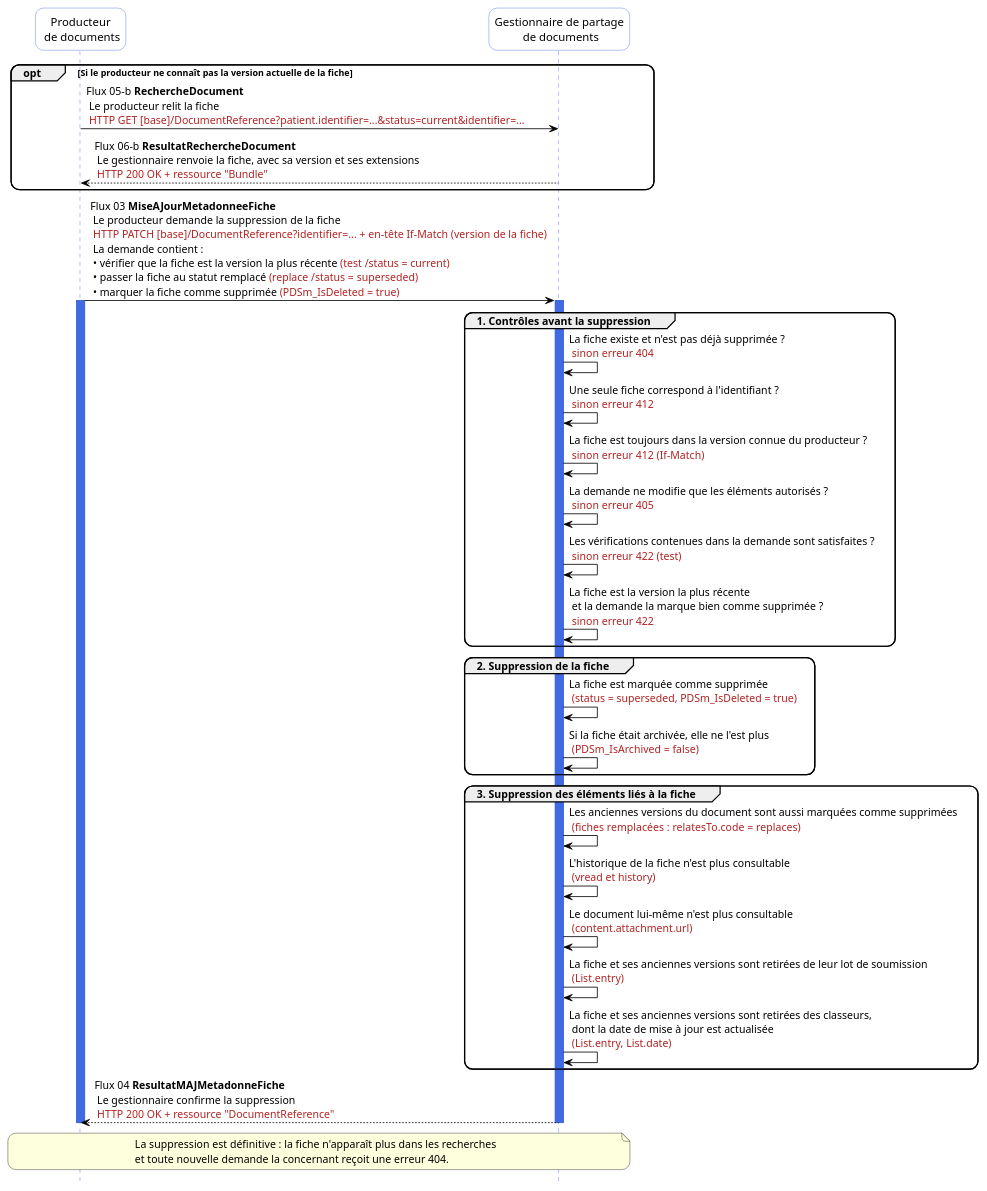
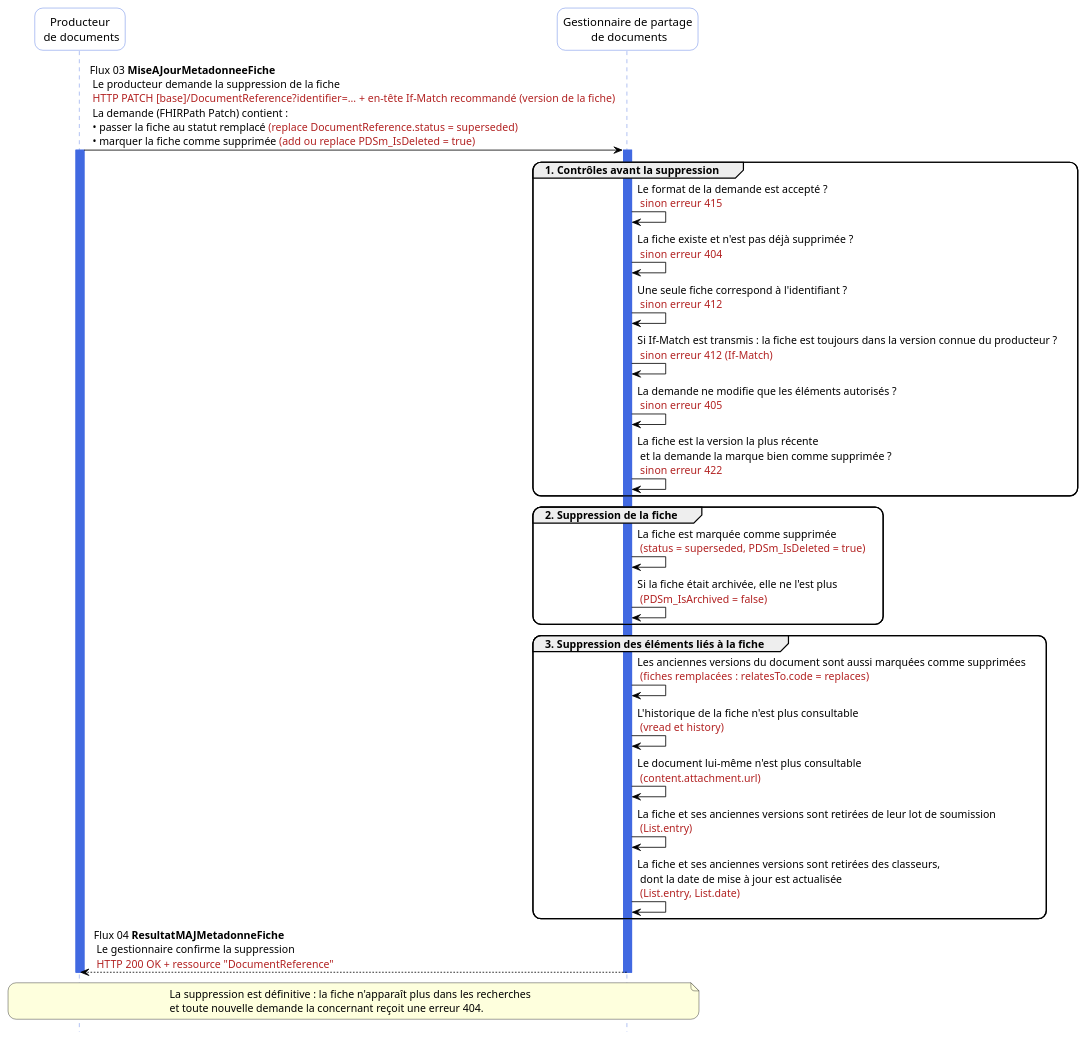
Before and after one commit to ansforge/IG-fhir-partage-de-documents-de-sante: the diagram in input/images-source/PDSm-suppression-logique.plantuml, drawn with PlantUML. The commit also changed 3 other files, not shown here.

Commit message:
passage en fhirpath patch

```diff
--- a/input/images-source/PDSm-suppression-logique.plantuml
+++ b/input/images-source/PDSm-suppression-logique.plantuml
@@ -1,59 +1,54 @@
 @startuml
 hide footbox
 
 skinparam sequence {
  arrowColor black
  ParticipantBorderColor RoyalBlue
  ParticipantBackgroundColor white
  LifeLineBorderColor RoyalBlue
  LifeLineBackgroundColor RoyalBlue
  ParticipantFontSize 14
  ParticipantFontName arial
  ParticipantPadding 20
 }
 skinparam  roundcorner 20
 
 
 participant "Producteur\n de documents" as PROD
 participant "Gestionnaire de partage\n de documents" as INFRA
 
-opt Si le producteur ne connaît pas la version actuelle de la fiche
-  PROD-[#black]> INFRA : Flux 05-b **RechercheDocument** \n Le producteur relit la fiche \n <color #FireBrick>HTTP GET [base]/DocumentReference?patient.identifier=...&status=current&identifier=...</color>
-  INFRA-[#black]-> PROD : Flux 06-b **ResultatRechercheDocument** \n Le gestionnaire renvoie la fiche, avec sa version et ses extensions \n <color #FireBrick>HTTP 200 OK + ressource "Bundle"</color>
-end
-
-PROD-[#black]> INFRA : Flux 03 **MiseAJourMetadonneeFiche** \n Le producteur demande la suppression de la fiche \n <color #FireBrick>HTTP PATCH [base]/DocumentReference?identifier=... + en-tête If-Match (version de la fiche)</color> \n La demande contient : \n • vérifier que la fiche est la version la plus récente <color #FireBrick>(test /status = current)</color> \n • passer la fiche au statut remplacé <color #FireBrick>(replace /status = superseded)</color> \n • marquer la fiche comme supprimée <color #FireBrick>(PDSm_IsDeleted = true)</color>
+PROD-[#black]> INFRA : Flux 03 **MiseAJourMetadonneeFiche** \n Le producteur demande la suppression de la fiche \n <color #FireBrick>HTTP PATCH [base]/DocumentReference?identifier=... + en-tête If-Match recommandé (version de la fiche)</color> \n La demande (FHIRPath Patch) contient : \n • passer la fiche au statut remplacé <color #FireBrick>(replace DocumentReference.status = superseded)</color> \n • marquer la fiche comme supprimée <color #FireBrick>(add ou replace PDSm_IsDeleted = true)</color>
 activate INFRA
 activate PROD
 
 group 1. Contrôles avant la suppression
+  INFRA -> INFRA : Le format de la demande est accepté ? \n <color #FireBrick>sinon erreur 415</color>
   INFRA -> INFRA : La fiche existe et n'est pas déjà supprimée ? \n <color #FireBrick>sinon erreur 404</color>
   INFRA -> INFRA : Une seule fiche correspond à l'identifiant ? \n <color #FireBrick>sinon erreur 412</color>
-  INFRA -> INFRA : La fiche est toujours dans la version connue du producteur ? \n <color #FireBrick>sinon erreur 412 (If-Match)</color>
+  INFRA -> INFRA : Si If-Match est transmis : la fiche est toujours dans la version connue du producteur ? \n <color #FireBrick>sinon erreur 412 (If-Match)</color>
   INFRA -> INFRA : La demande ne modifie que les éléments autorisés ? \n <color #FireBrick>sinon erreur 405</color>
-  INFRA -> INFRA : Les vérifications contenues dans la demande sont satisfaites ? \n <color #FireBrick>sinon erreur 422 (test)</color>
   INFRA -> INFRA : La fiche est la version la plus récente \n et la demande la marque bien comme supprimée ? \n <color #FireBrick>sinon erreur 422</color>
 end
 
 group 2. Suppression de la fiche
   INFRA -> INFRA : La fiche est marquée comme supprimée \n <color #FireBrick>(status = superseded, PDSm_IsDeleted = true)</color>
   INFRA -> INFRA : Si la fiche était archivée, elle ne l'est plus \n <color #FireBrick>(PDSm_IsArchived = false)</color>
 end
 
 group 3. Suppression des éléments liés à la fiche
   INFRA -> INFRA : Les anciennes versions du document sont aussi marquées comme supprimées \n <color #FireBrick>(fiches remplacées : relatesTo.code = replaces)</color>
   INFRA -> INFRA : L'historique de la fiche n'est plus consultable \n <color #FireBrick>(vread et history)</color>
   INFRA -> INFRA : Le document lui-même n'est plus consultable \n <color #FireBrick>(content.attachment.url)</color>
   INFRA -> INFRA : La fiche et ses anciennes versions sont retirées de leur lot de soumission \n <color #FireBrick>(List.entry)</color>
   INFRA -> INFRA : La fiche et ses anciennes versions sont retirées des classeurs, \n dont la date de mise à jour est actualisée \n <color #FireBrick>(List.entry, List.date)</color>
 end
 
 INFRA-[#black]-> PROD : Flux 04 **ResultatMAJMetadonneFiche** \n Le gestionnaire confirme la suppression \n <color #FireBrick>HTTP 200 OK + ressource "DocumentReference"</color>
 deactivate PROD
 deactivate INFRA
 
 note over PROD, INFRA
   La suppression est définitive : la fiche n'apparaît plus dans les recherches
   et toute nouvelle demande la concernant reçoit une erreur 404.
 end note
 @enduml
```
